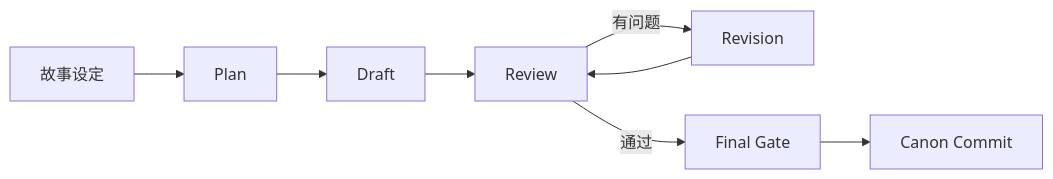
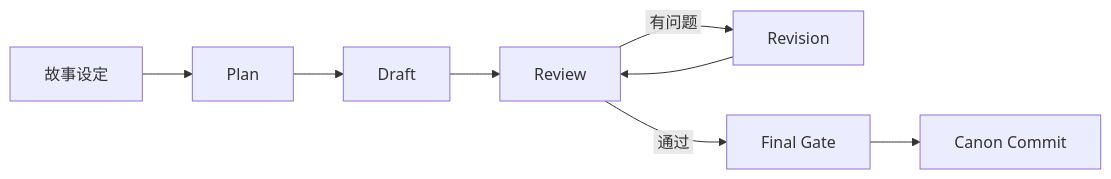
Before and after one commit to shjkea/NovelAgent: the second of 3 diagrams in README.md, drawn with Mermaid. The commit also changed other lines of this file and 1 other file, not shown here.

Commit message:
Fix Mermaid text clipping

````diff
--- a/README.md
+++ b/README.md
@@ -64,10 +64,10 @@
 ```mermaid
 flowchart LR
-    A["故事设定"] --> B["Plan"]
-    B --> C["Draft"]
-    C --> D["Review"]
-    D -->|"有问题"| E["Revision"]
+    A["&nbsp;故事设定&nbsp;"] --> B["&nbsp;Plan&nbsp;"]
+    B --> C["&nbsp;Draft&nbsp;"]
+    C --> D["&nbsp;Review&nbsp;"]
+    D -->|"&nbsp;有问题&nbsp;"| E["&nbsp;Revision&nbsp;"]
     E --> D
-    D -->|"通过"| F["Final Gate"]
-    F --> G["Canon Commit"]
+    D -->|"&nbsp;通过&nbsp;"| F["&nbsp;Final Gate&nbsp;"]
+    F --> G["&nbsp;Canon Commit&nbsp;"]
 ```
````
